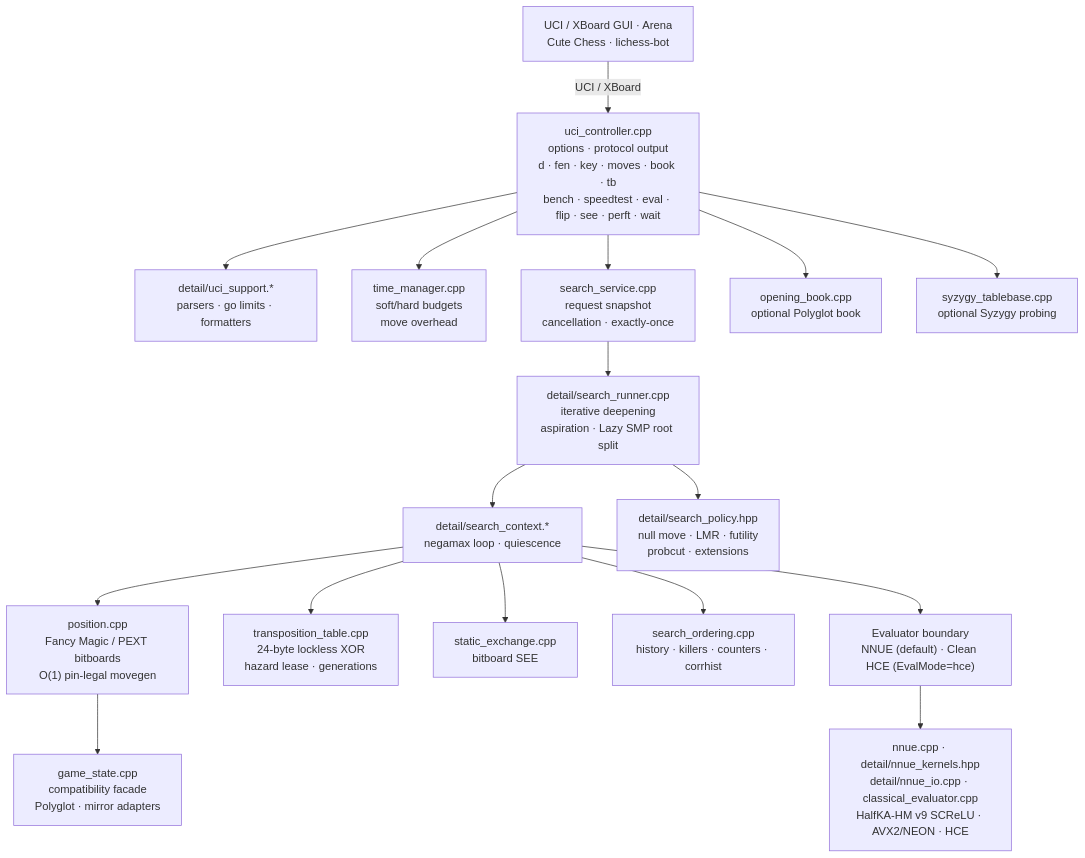
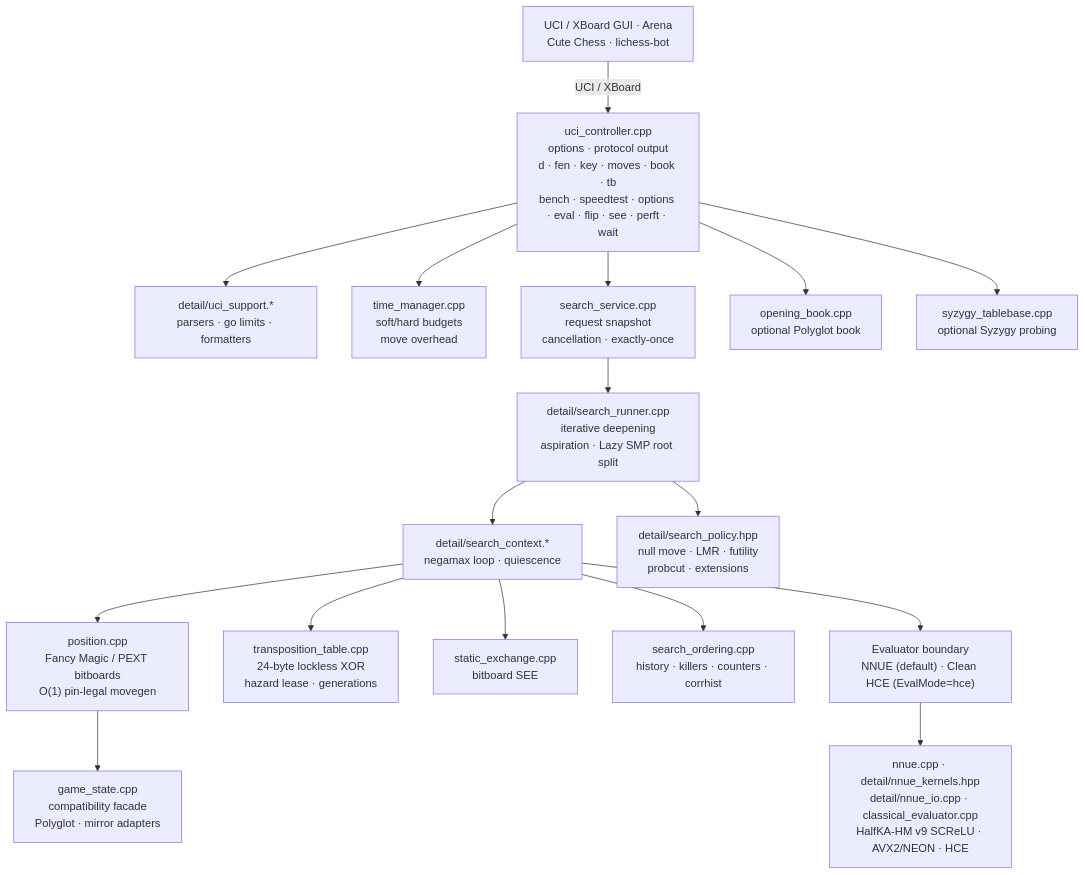
One commit to nhatquang1701/Koi changed the diagram in docs/ARCHITECTURE.md. Above: the diagram before and after it, drawn with Mermaid. The commit also changed other lines of this file and 6 other files, not shown here.

Commit message:
docs(site,cli,guide,spec,architecture,changelog): update landing highlights and document interactive options command

````diff
--- a/docs/ARCHITECTURE.md
+++ b/docs/ARCHITECTURE.md
@@ -7,20 +7,20 @@
 ```mermaid
 flowchart TD
     GUI["UCI / XBoard GUI · Arena<br/>Cute Chess · lichess-bot"] -- "UCI / XBoard" --> UCI
-    UCI["uci_controller.cpp<br/>options · protocol output<br/>d · fen · key · moves · book · tb<br/>bench · speedtest · eval · flip · see · perft · wait"]
+    UCI["uci_controller.cpp<br/>options · protocol output<br/>d · fen · key · moves · book · tb<br/>bench · speedtest · options · eval · flip · see · perft · wait"]
     UCI --> UCISUPPORT["detail/uci_support.*<br/>parsers · go limits · formatters"]
     UCI --> TIME["time_manager.cpp<br/>soft/hard budgets<br/>move overhead"]
     UCI --> SERVICE["search_service.cpp<br/>request snapshot<br/>cancellation · exactly-once"]
     SERVICE --> RUNNER["detail/search_runner.cpp<br/>iterative deepening<br/>aspiration · Lazy SMP root split"]
     RUNNER --> CONTEXT["detail/search_context.*<br/>negamax loop · quiescence"]
     RUNNER --> POLICY["detail/search_policy.hpp<br/>null move · LMR · futility<br/>probcut · extensions"]
     CONTEXT --> POSITION["position.cpp<br/>Fancy Magic / PEXT bitboards<br/>O(1) pin-legal movegen"]
     POSITION --> STATE["game_state.cpp<br/>compatibility facade<br/>Polyglot · mirror adapters"]
     CONTEXT --> TT["transposition_table.cpp<br/>24-byte lockless XOR<br/>hazard lease · generations"]
     CONTEXT --> SEE["static_exchange.cpp<br/>bitboard SEE"]
     CONTEXT --> ORDER["search_ordering.cpp<br/>history · killers · counters · corrhist"]
     CONTEXT --> EVAL["Evaluator boundary<br/>NNUE (default) · Clean HCE (EvalMode=hce)"]
     EVAL --> NNUE["nnue.cpp · detail/nnue_kernels.hpp<br/>detail/nnue_io.cpp · classical_evaluator.cpp<br/>HalfKA-HM v9 SCReLU · AVX2/NEON · HCE"]
     UCI --> BOOK["opening_book.cpp<br/>optional Polyglot book"]
     UCI --> TB["syzygy_tablebase.cpp<br/>optional Syzygy probing"]
 ```
````
